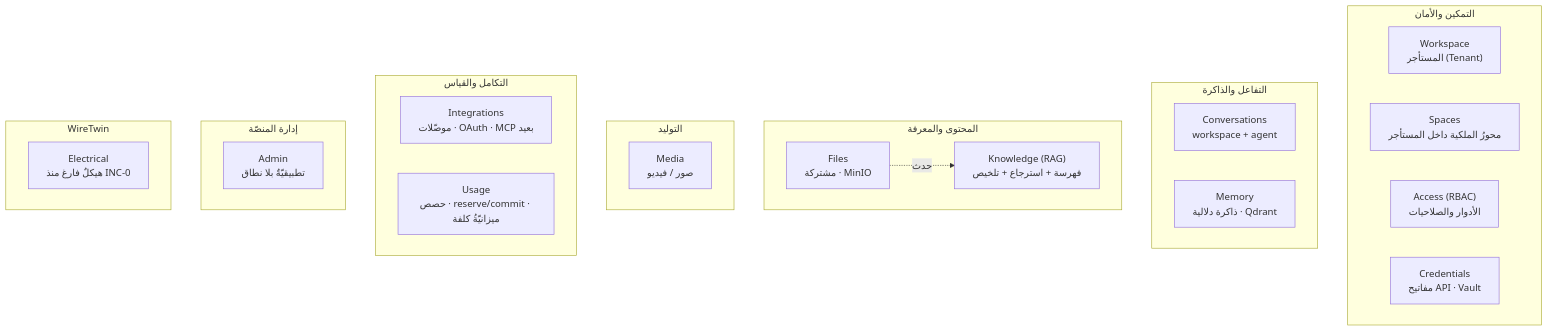
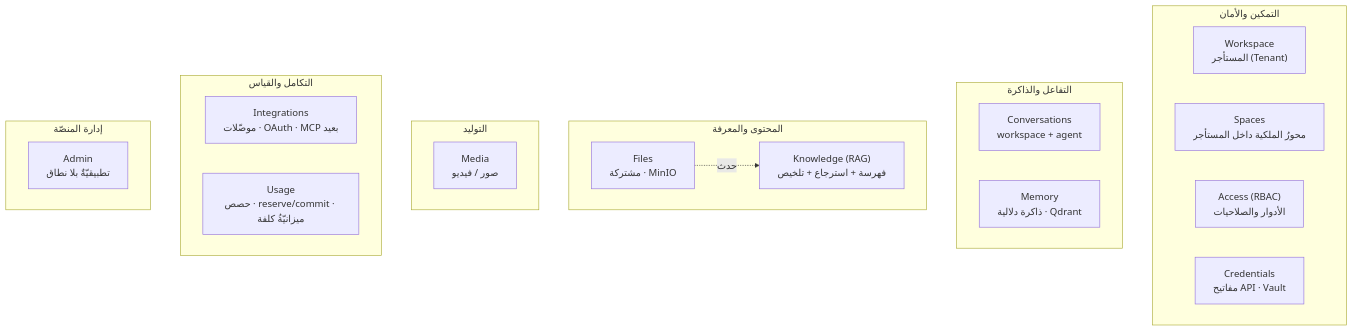
Before and after one commit to anastawahia/aizzak: the fourth of 8 diagrams in docs/architecture.md, drawn with Mermaid. The commit also changed other lines of this file and 2 other files, not shown here.

Commit message:
docs: Fig 4 caption matches its 12-module figure; knowledge.too_large wording (CR #7, CR #8)
The HTML figure draws twelve modules and its <desc> says so, so its caption
and the section heading no longer claim thirteen; electrical stays in the
table and text, and architecture.md drops its extra cluster to match. 03 §4
now says the knowledge.too_large reason is stored as text (the message, not
the code), as bootstrap.py records str(exc).

Claude-Session: https://claude.ai/code/session_01HsJk6zFcbKjHAkeicFo47a

````diff
--- a/docs/architecture.md
+++ b/docs/architecture.md
@@ -286,32 +286,29 @@
 ```mermaid
 graph TD
     subgraph c1 ["التمكين والأمان"]
         Workspace["Workspace<br/>المستأجر (Tenant)"]
         Spaces["Spaces<br/>محورُ الملكية داخل المستأجر"]
         Access["Access (RBAC)<br/>الأدوار والصلاحيات"]
         Credentials["Credentials<br/>مفاتيح API · Vault"]
     end
     subgraph c2 ["التفاعل والذاكرة"]
         Conversations["Conversations<br/>workspace + agent"]
         Memory["Memory<br/>ذاكرة دلالية · Qdrant"]
     end
     subgraph c3 ["المحتوى والمعرفة"]
         Files["Files<br/>مشتركة · MinIO"]
         Knowledge["Knowledge (RAG)<br/>فهرسة + استرجاع + تلخيص"]
     end
     subgraph c4 ["التوليد"]
         Media["Media<br/>صور / فيديو"]
     end
     subgraph c5 ["التكامل والقياس"]
         Integrations["Integrations<br/>موصّلات · OAuth · MCP بعيد"]
         Usage["Usage<br/>حصص · reserve/commit · ميزانيّةُ كلفة"]
     end
     subgraph c6 ["إدارة المنصّة"]
         AdminM["Admin<br/>تطبيقيّةٌ بلا نطاق"]
     end
-    subgraph c7 ["WireTwin"]
-        Electrical["Electrical<br/>هيكلٌ فارغ منذ INC‑0"]
-    end
 
     Files -. حدث .-> Knowledge
 ```
````
